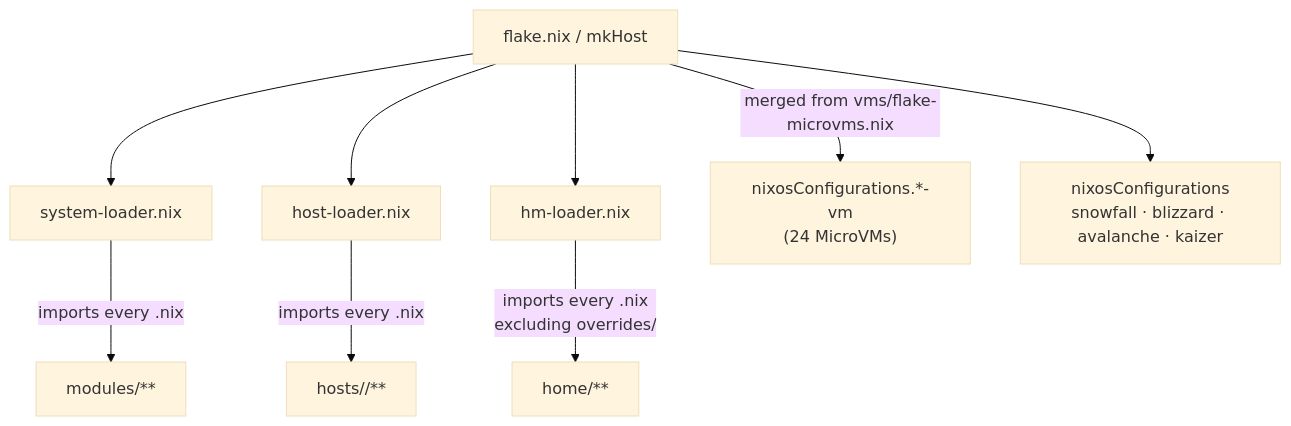
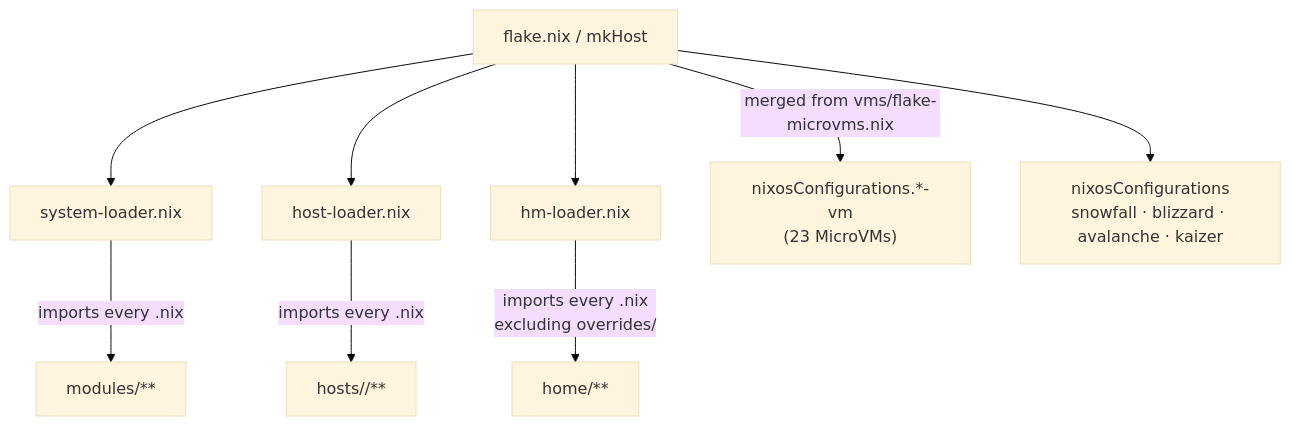
One commit to telometto/nix-config changed the first of 10 diagrams in docs/Project_Architecture_Blueprint.md. Above: the diagram before and after it, drawn with Mermaid (base theme). The commit also changed other lines of this file, not shown here.

Commit message:
📝 docs: update Project_Architecture_Blueprint.md to correct MicroVM count from 24 to 23

````diff
--- a/docs/Project_Architecture_Blueprint.md
+++ b/docs/Project_Architecture_Blueprint.md
@@ -22,11 +22,11 @@
 ```mermaid
 flowchart TD
     F[flake.nix / mkHost] --> SL[system-loader.nix]
     F --> HL[host-loader.nix]
     F --> HML[hm-loader.nix]
     SL -->|"imports every .nix"| MOD["modules/**"]
     HL -->|"imports every .nix"| HOST["hosts/<hostname>/**"]
     HML -->|"imports every .nix\nexcluding overrides/"| HOME["home/**"]
-    F -->|merged from vms/flake-microvms.nix| VMS["nixosConfigurations.*-vm\n(24 MicroVMs)"]
+    F -->|merged from vms/flake-microvms.nix| VMS["nixosConfigurations.*-vm\n(23 MicroVMs)"]
     F --> HOSTS["nixosConfigurations\nsnowfall · blizzard · avalanche · kaizer"]
 ```
````
